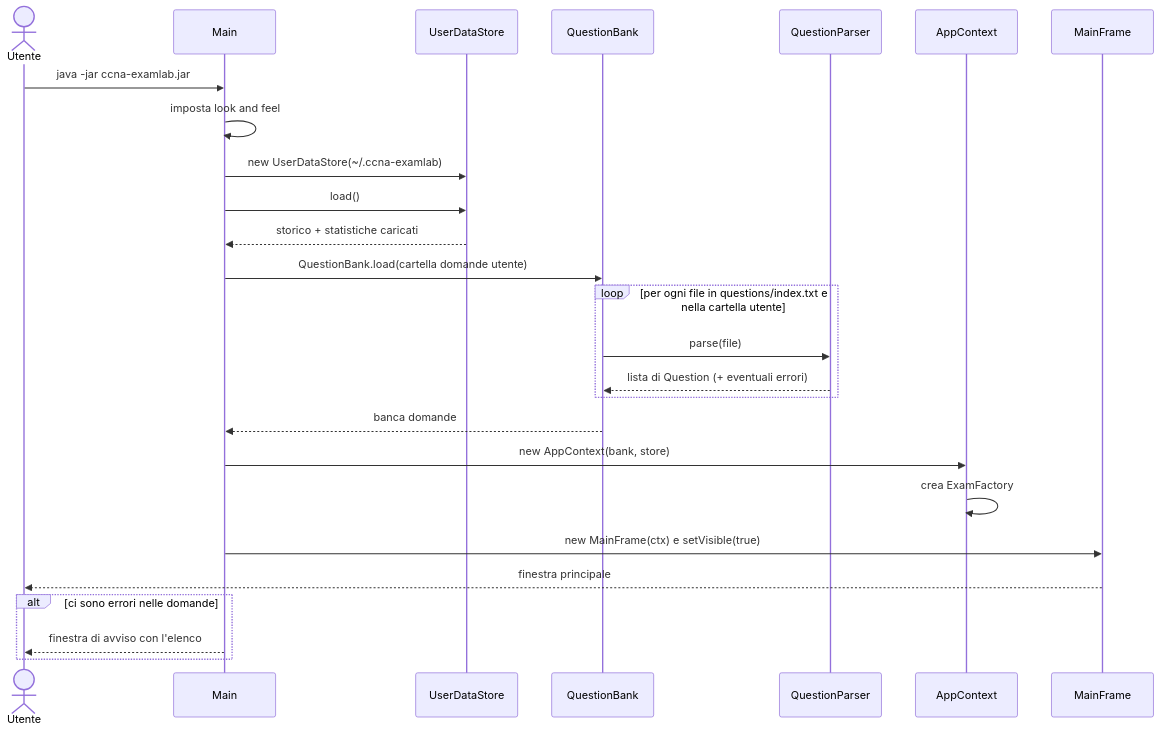
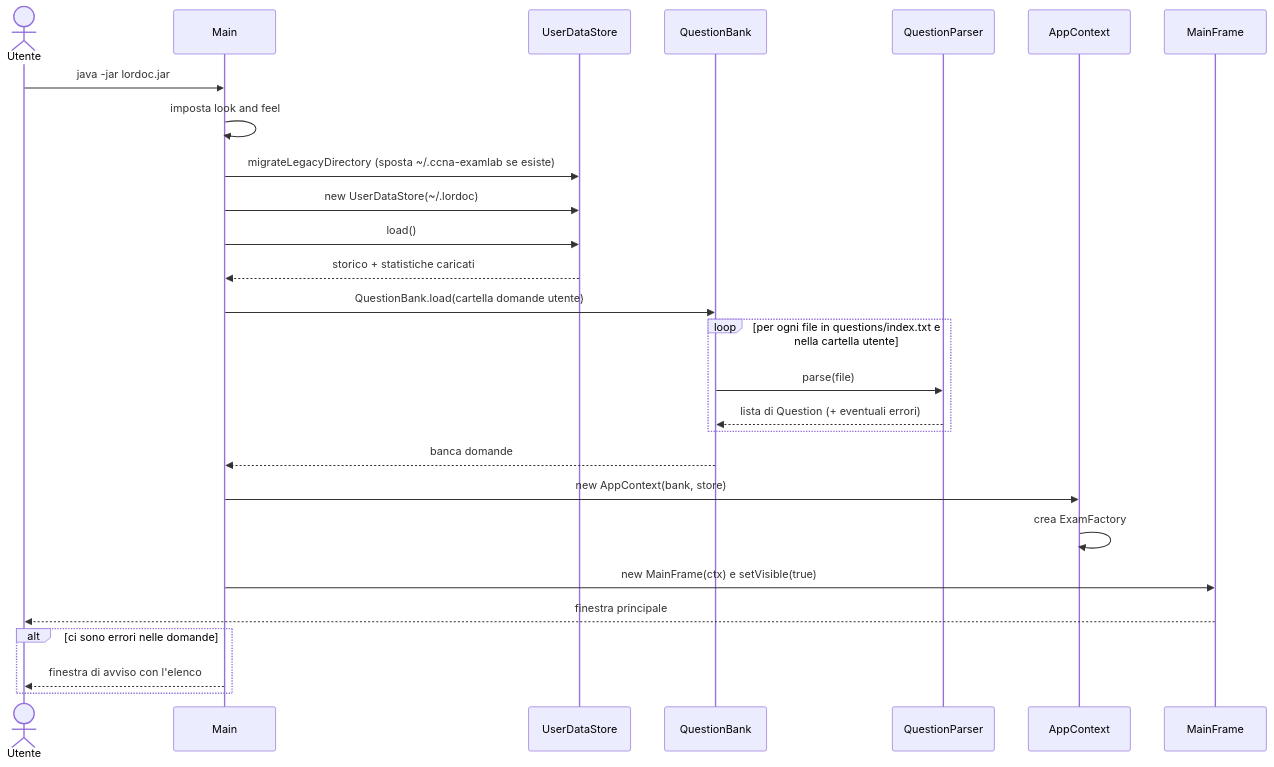
The second of 5 diagrams in docs/02-come-funziona.md (Fr4nc3Sc0r/ccnaLearning), drawn with Mermaid before and after one commit. The commit also changed other lines of this file and 114 other files, not shown here.

````diff
--- a/docs/02-come-funziona.md
+++ b/docs/02-come-funziona.md
@@ -69,29 +69,30 @@
 ```mermaid
 sequenceDiagram
     actor U as Utente
     participant M as Main
     participant S as UserDataStore
     participant B as QuestionBank
     participant P as QuestionParser
     participant C as AppContext
     participant F as MainFrame
 
-    U->>M: java -jar ccna-examlab.jar
+    U->>M: java -jar lordoc.jar
     M->>M: imposta look and feel
-    M->>S: new UserDataStore(~/.ccna-examlab)
+    M->>S: migrateLegacyDirectory (sposta ~/.ccna-examlab se esiste)
+    M->>S: new UserDataStore(~/.lordoc)
     M->>S: load()
     S-->>M: storico + statistiche caricati
     M->>B: QuestionBank.load(cartella domande utente)
     loop per ogni file in questions/index.txt e nella cartella utente
         B->>P: parse(file)
         P-->>B: lista di Question (+ eventuali errori)
     end
     B-->>M: banca domande
     M->>C: new AppContext(bank, store)
     C->>C: crea ExamFactory
     M->>F: new MainFrame(ctx) e setVisible(true)
     F-->>U: finestra principale
     alt ci sono errori nelle domande
         M-->>U: finestra di avviso con l'elenco
     end
 ```
````
